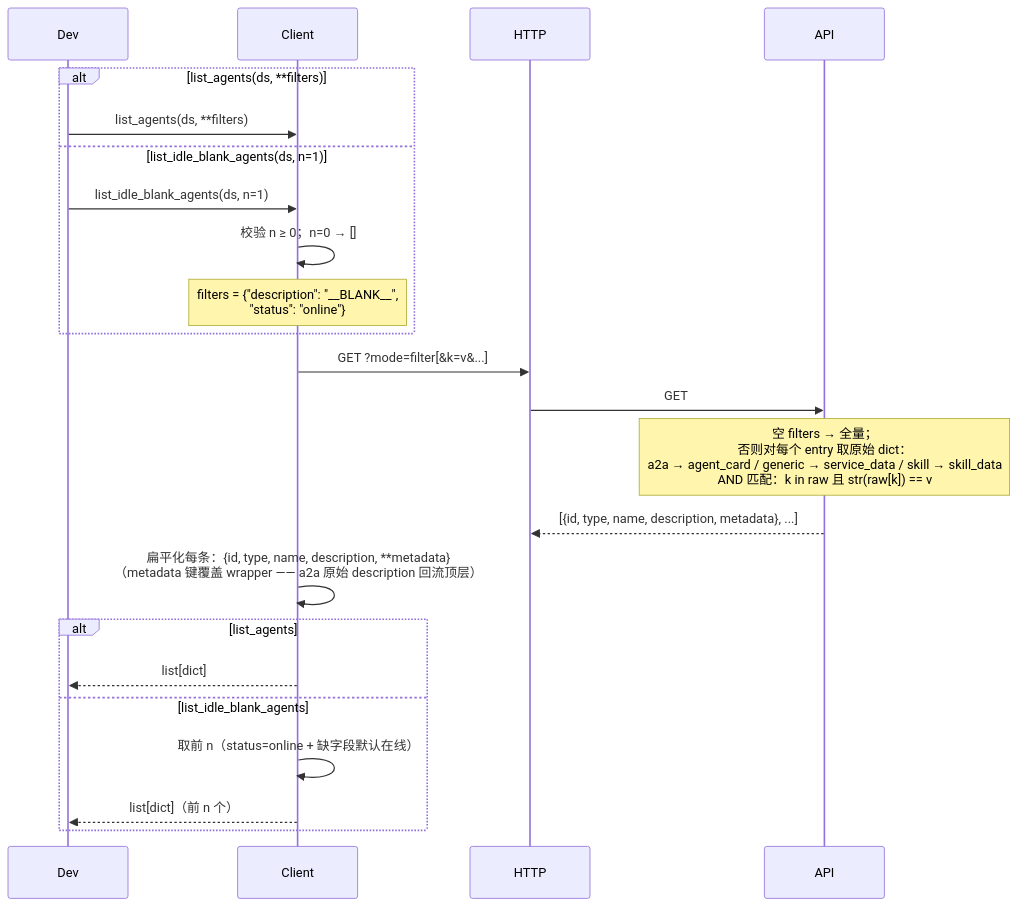
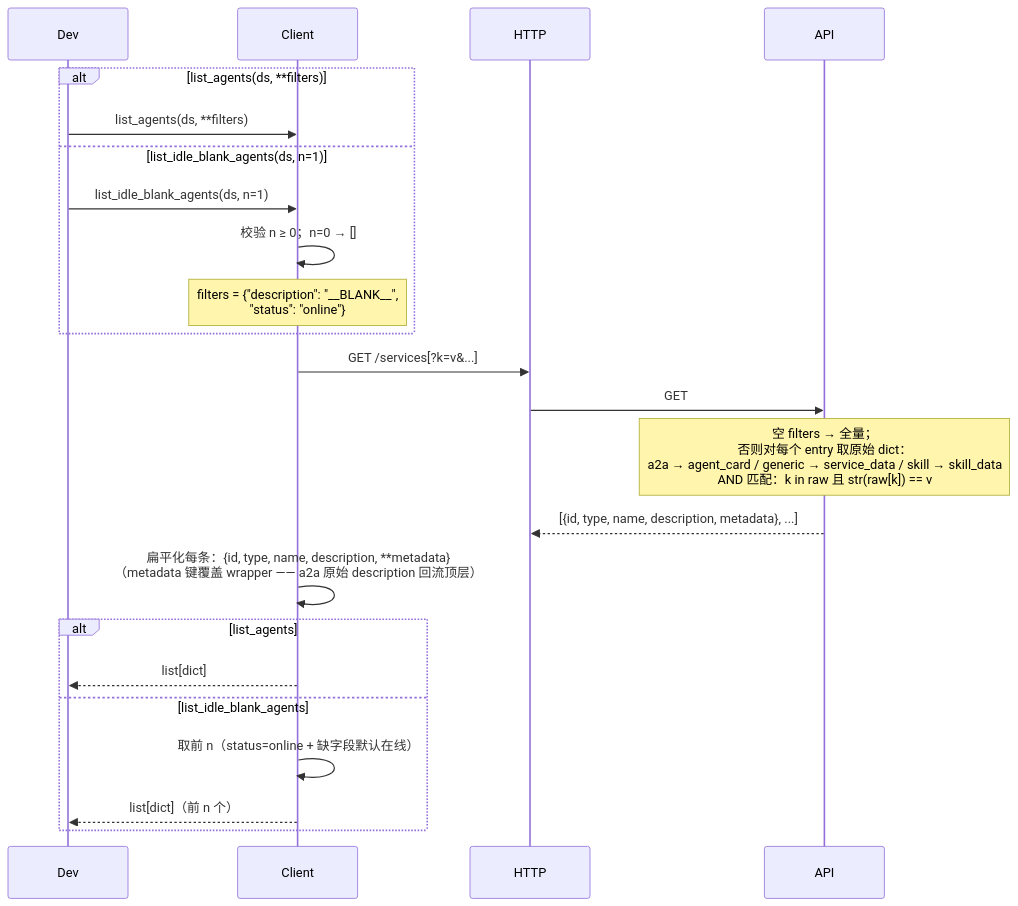
The seventh of 7 diagrams in docs/client_design.md (Weizheng96/A2X-registry), drawn with Mermaid before and after one commit. The commit also changed other lines of this file and 14 other files, not shown here.

First line of the commit message:
refactor: consolidate /services endpoint, eliminate mode parameter

````diff
--- a/docs/client_design.md
+++ b/docs/client_design.md
@@ -662,26 +662,26 @@
 ```mermaid
 sequenceDiagram
     participant Dev
     participant Client
     participant HTTP
     participant API
 
     alt list_agents(ds, **filters)
         Dev->>Client: list_agents(ds, **filters)
     else list_idle_blank_agents(ds, n=1)
         Dev->>Client: list_idle_blank_agents(ds, n=1)
         Client->>Client: 校验 n ≥ 0；n=0 → []
         Note over Client: filters = {"description": "__BLANK__",<br/>"status": "online"}
     end
-    Client->>HTTP: GET ?mode=filter[&k=v&...]
+    Client->>HTTP: GET /services[?k=v&...]
     HTTP->>API: GET
     Note over API: 空 filters → 全量；<br/>否则对每个 entry 取原始 dict：<br/>a2a → agent_card / generic → service_data / skill → skill_data<br/>AND 匹配：k in raw 且 str(raw[k]) == v
     API-->>HTTP: [{id, type, name, description, metadata}, ...]
     Client->>Client: 扁平化每条：{id, type, name, description, **metadata}<br/>（metadata 键覆盖 wrapper —— a2a 原始 description 回流顶层）
     alt list_agents
         Client-->>Dev: list[dict]
     else list_idle_blank_agents
         Client->>Client: 取前 n（status=online + 缺字段默认在线）
         Client-->>Dev: list[dict]（前 n 个）
     end
 ```
````
